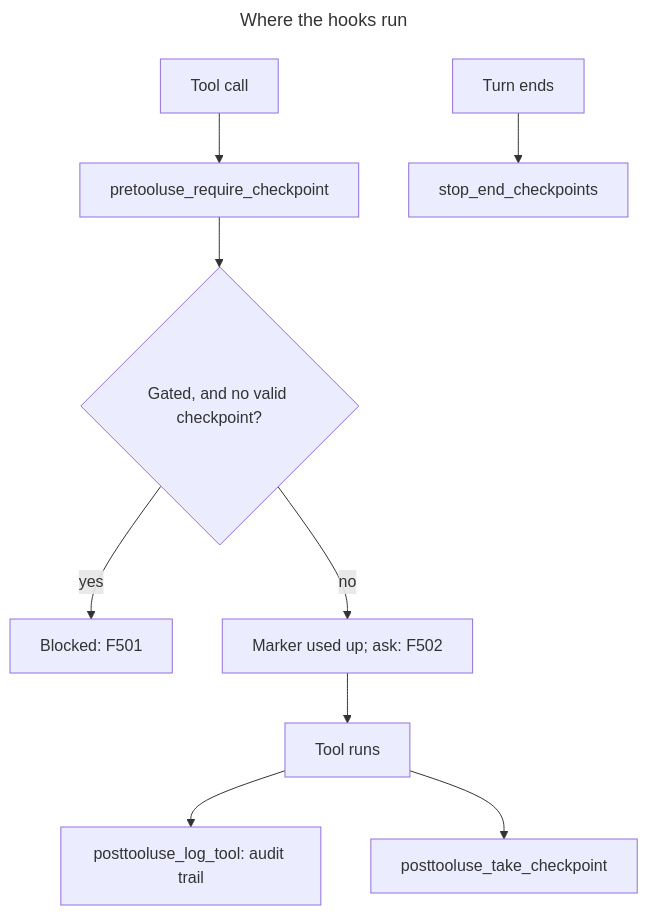
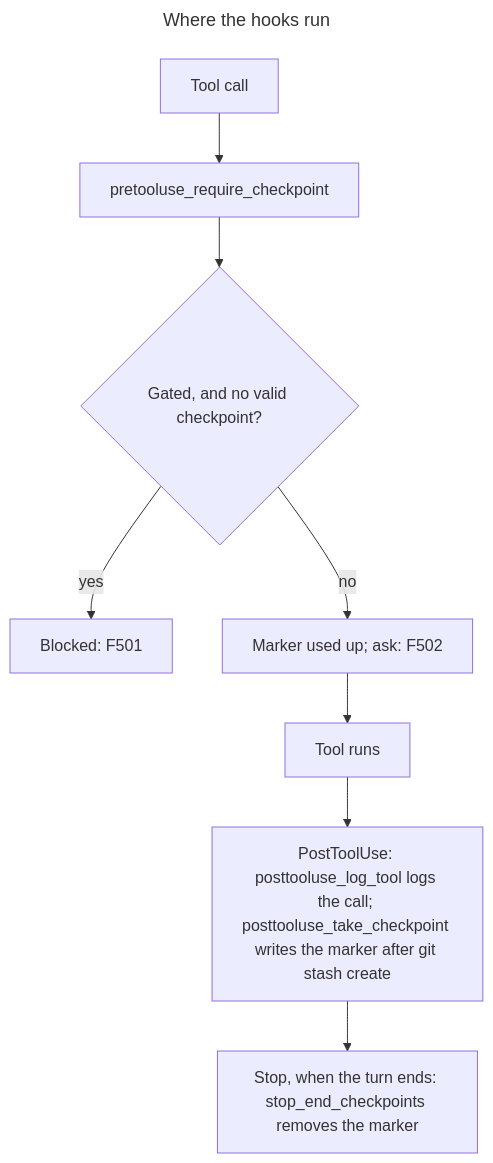
The seventh of 7 diagrams in spec/SECURITY.md (synaptiai/agent-capability-standard), drawn with Mermaid before and after one commit. The commit also changed 13 other files, not shown here.

````diff
--- a/spec/SECURITY.md
+++ b/spec/SECURITY.md
@@ -264,15 +264,14 @@
 ```mermaid
 ---
 title: Where the hooks run
 ---
 flowchart TB
   accDescr: Before a tool runs, pretooluse_require_checkpoint classifies the call, blocks a gated call without a checkpoint, uses the checkpoint up and asks for approval; after it runs, posttooluse_log_tool adds to the audit trail and posttooluse_take_checkpoint writes the marker after a successful git stash create; when a turn ends, stop_end_checkpoints removes the marker.
   call[Tool call] --> hook[pretooluse_require_checkpoint]
   hook --> pre{"Gated, and no valid checkpoint?"}
   pre -->|yes| block["Blocked: F501"]
   pre -->|no| ask["Marker used up; ask: F502"]
   ask --> run[Tool runs]
-  run --> post["posttooluse_log_tool: audit trail"]
-  run --> take["posttooluse_take_checkpoint"]
-  stop["Turn ends"] --> end1["stop_end_checkpoints"]
+  run --> post["PostToolUse: posttooluse_log_tool logs the call; posttooluse_take_checkpoint writes the marker after git stash create"]
+  post --> stop["Stop, when the turn ends: stop_end_checkpoints removes the marker"]
 ```
````
